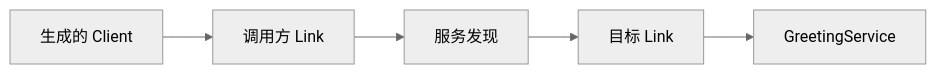
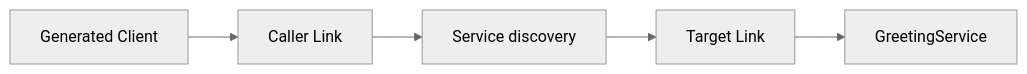
Before and after one commit to yorun-ai/vine-site: the diagram in docs/framework/rpc-guide.md, drawn with Mermaid (neutral theme). The commit also changed other lines of this file and 107 other files, not shown here.

````diff
--- a/docs/framework/rpc-guide.md
+++ b/docs/framework/rpc-guide.md
@@ -85,4 +85,4 @@
 ```mermaid
 flowchart LR
-  Client["生成的 Client"] --> LinkA["调用方 Link"] --> Discovery["服务发现"] --> LinkB["目标 Link"] --> Server["GreetingService"]
+  Client["Generated Client"] --> LinkA["Caller Link"] --> Discovery["Service discovery"] --> LinkB["Target Link"] --> Server["GreetingService"]
 ```
````
